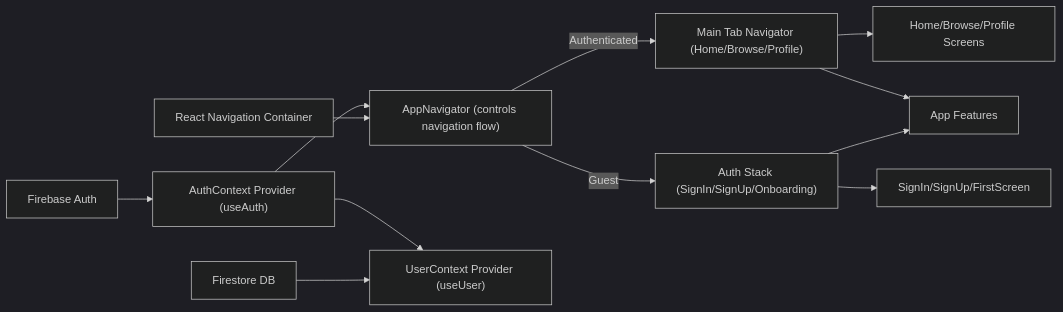
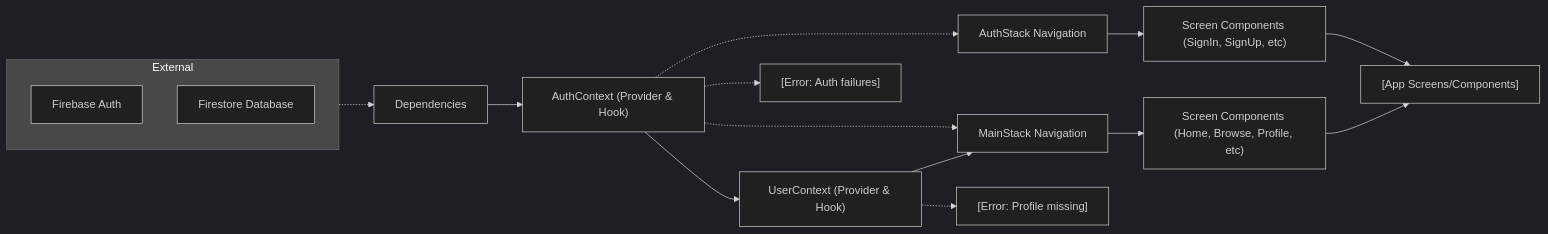
Before and after one commit to lucasboucher/Expo-Firebase-Boiler-Plate-2: the diagram in .shelfya/guide/architecture.md, drawn with Mermaid (dark theme). The commit also changed other lines of this file and 7 other files, not shown here.

````diff
--- a/.shelfya/guide/architecture.md
+++ b/.shelfya/guide/architecture.md
@@ -73,19 +72,22 @@
 ```mermaid
 flowchart LR
-  FB_Auth["Firebase Auth"]
-  FB_DB["Firestore DB"]
-  NavigationContainer["React Navigation Container"]
+  subgraph External
+    FirebaseAuth["Firebase Auth"]
+    Firestore["Firestore Database"]
+  end
+  External -.-> dependencies["Dependencies"]
   
-  FB_Auth --> AuthContext["AuthContext Provider (useAuth)"]
-  AuthContext --> AppNavigator["AppNavigator (controls navigation flow)"]
-  AuthContext --> UserContext["UserContext Provider (useUser)"]
-  FB_DB --> UserContext
-  NavigationContainer --> AppNavigator
-  AppNavigator -->|Authenticated| MainStack["Main Tab Navigator (Home/Browse/Profile)"]
-  AppNavigator -->|Guest| AuthStack["Auth Stack (SignIn/SignUp/Onboarding)"]
-  MainStack --> HomeScreen["Home/Browse/Profile Screens"]
-  AuthStack --> AuthScreens["SignIn/SignUp/FirstScreen"]
-  
-  MainStack --> consumers["App Features"]
-  AuthStack --> consumers
+  dependencies --> AuthContext["AuthContext (Provider & Hook)"]
+  AuthContext --> UserContext["UserContext (Provider & Hook)"]
+  AuthContext -.-> AuthStack["AuthStack Navigation"]
+  AuthContext -.-> MainStack["MainStack Navigation"]
+
+  UserContext --> MainStack
+  AuthStack --> process["Screen Components (SignIn, SignUp, etc)"]
+  MainStack --> process2["Screen Components (Home, Browse, Profile, etc)"]
+
+  AuthContext -.-> error1["[Error: Auth failures]"]
+  UserContext -.-> error2["[Error: Profile missing]"]
+
+  process & process2 --> consumers["[App Screens/Components]"]
 ```
````
